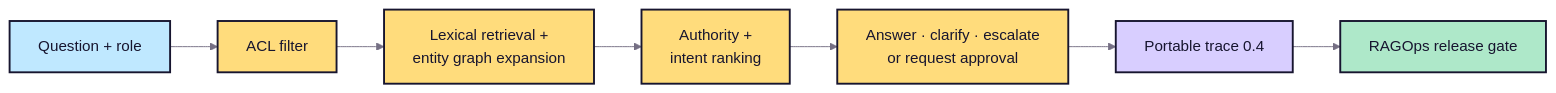
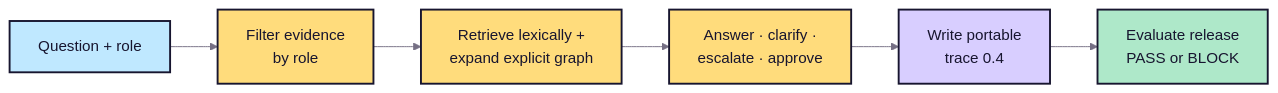
One commit to thangldw/ragops changed the diagram in examples/japanese_troubleshooting_agent/README.md. Above: the diagram before and after it, drawn with Mermaid. The commit also changed other lines of this file and 145 other files, not shown here.

````diff
--- a/examples/japanese_troubleshooting_agent/README.md
+++ b/examples/japanese_troubleshooting_agent/README.md
@@ -15,18 +11,17 @@
 ```mermaid
 %%{init: {"theme":"base","fontFamily":"system-ui, -apple-system, BlinkMacSystemFont, Segoe UI, sans-serif","flowchart":{"curve":"basis"},"themeVariables":{"background":"#f8f6f0","primaryColor":"#ffdc7c","primaryTextColor":"#17152f","primaryBorderColor":"#17152f","secondaryColor":"#bfe8ff","tertiaryColor":"#d8ceff","lineColor":"#756f84","edgeLabelBackground":"#fffef9"}}}%%
 flowchart LR
-    INPUT["Question + role"] --> ACL["ACL filter"]
-    ACL --> RETRIEVE["Lexical retrieval +<br/>entity graph expansion"]
-    RETRIEVE --> RANK["Authority +<br/>intent ranking"]
-    RANK --> DECIDE["Answer · clarify · escalate<br/>or request approval"]
-    DECIDE --> TRACE["Portable trace 0.4"]
-    TRACE --> GATE["RAGOps release gate"]
-    classDef input fill:#bfe8ff,stroke:#17152f,color:#17152f,stroke-width:2px;
-    classDef app fill:#ffdc7c,stroke:#17152f,color:#17152f,stroke-width:2px;
-    classDef evidence fill:#d8ceff,stroke:#17152f,color:#17152f,stroke-width:2px;
-    classDef output fill:#aee8c9,stroke:#17152f,color:#17152f,stroke-width:2px;
-    class INPUT input;
-    class ACL,RETRIEVE,RANK,DECIDE app;
-    class TRACE evidence;
-    class GATE output;
+    INPUT["Question + role"] --> ACL["Filter evidence<br/>by role"]
+    ACL --> RETRIEVE["Retrieve lexically +<br/>expand explicit graph"]
+    RETRIEVE --> DECIDE["Answer · clarify ·<br/>escalate · approve"]
+    DECIDE --> TRACE["Write portable<br/>trace 0.4"]
+    TRACE --> GATE["Evaluate release<br/>PASS or BLOCK"]
+    classDef blue fill:#bfe8ff,stroke:#17152f,color:#17152f,stroke-width:2px;
+    classDef yellow fill:#ffdc7c,stroke:#17152f,color:#17152f,stroke-width:2px;
+    classDef purple fill:#d8ceff,stroke:#17152f,color:#17152f,stroke-width:2px;
+    classDef green fill:#aee8c9,stroke:#17152f,color:#17152f,stroke-width:2px;
+    class INPUT blue;
+    class ACL,RETRIEVE,DECIDE yellow;
+    class TRACE purple;
+    class GATE green;
 ```
````
